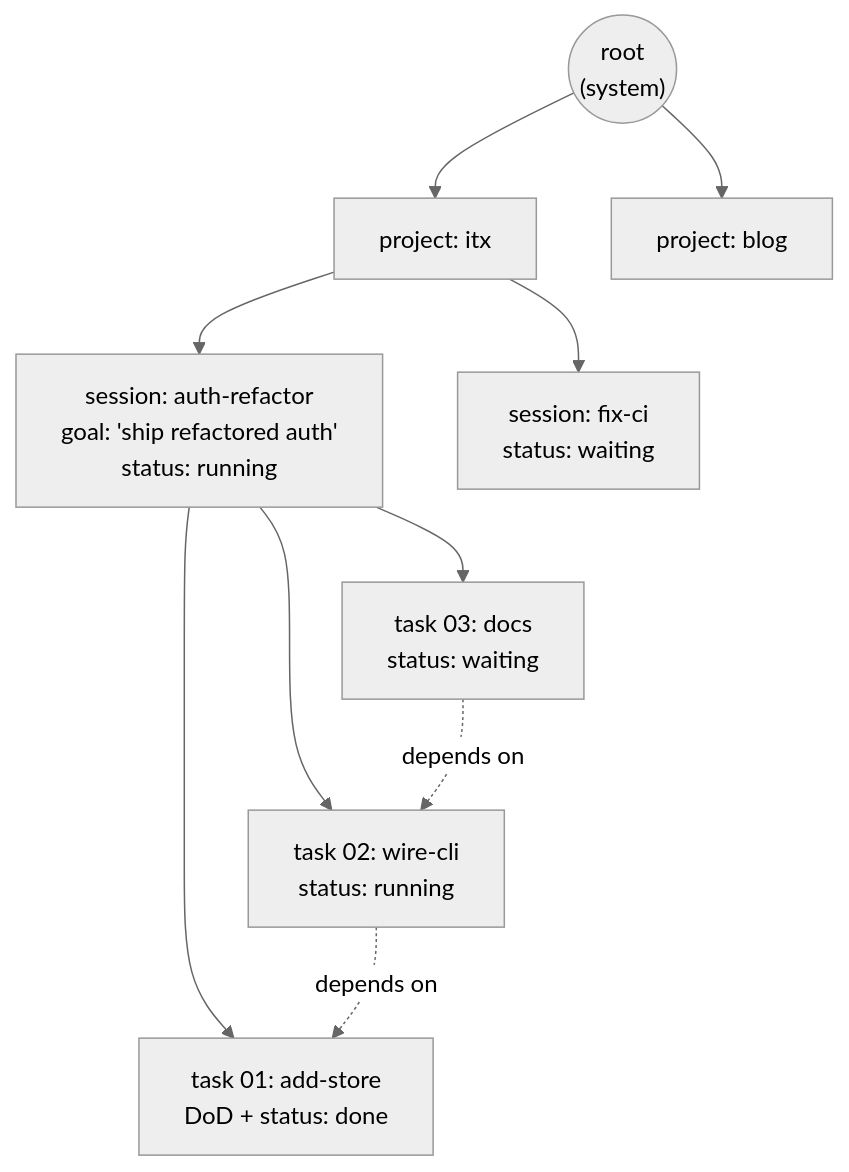
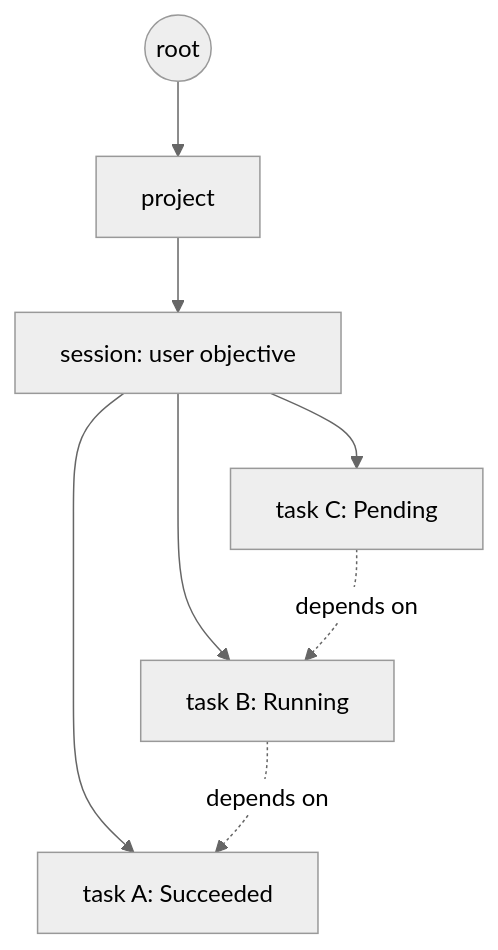
The first of 5 diagrams in design/arch.md (ric03uec/itx), drawn with Mermaid (neutral theme) before and after one commit. The commit also changed other lines of this file and 7 other files, not shown here.

Commit message:
docs: consolidate architecture and simplify state transitions

````diff
--- a/design/arch.md
+++ b/design/arch.md
@@ -29,12 +22,10 @@
 ```mermaid
 flowchart TB
-    R(("root<br/>(system)")) --> P1["project: itx"]
-    R --> P2["project: blog"]
-    P1 --> S1["session: auth-refactor<br/>goal: 'ship refactored auth'<br/>status: running"]
-    P1 --> S2["session: fix-ci<br/>status: waiting"]
-    S1 --> T1["task 01: add-store<br/>DoD + status: done"]
-    S1 --> T2["task 02: wire-cli<br/>status: running"]
-    S1 --> T3["task 03: docs<br/>status: waiting"]
-    T2 -. depends on .-> T1
-    T3 -. depends on .-> T2
+    R(("root")) --> P["project"]
+    P --> S["session: user objective"]
+    S --> A["task A: Succeeded"]
+    S --> B["task B: Running"]
+    S --> C["task C: Pending"]
+    B -. "depends on" .-> A
+    C -. "depends on" .-> B
 ```
````
